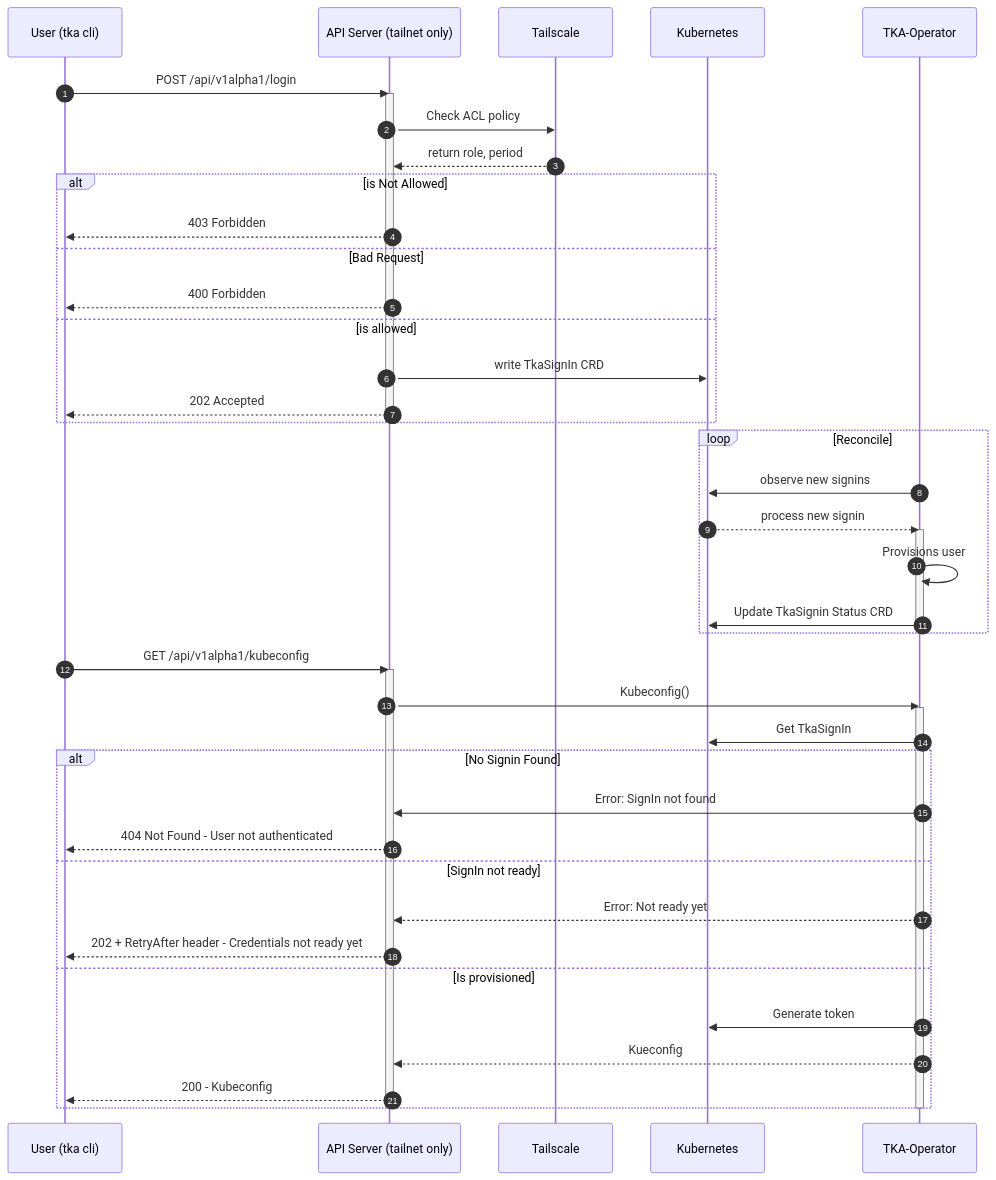
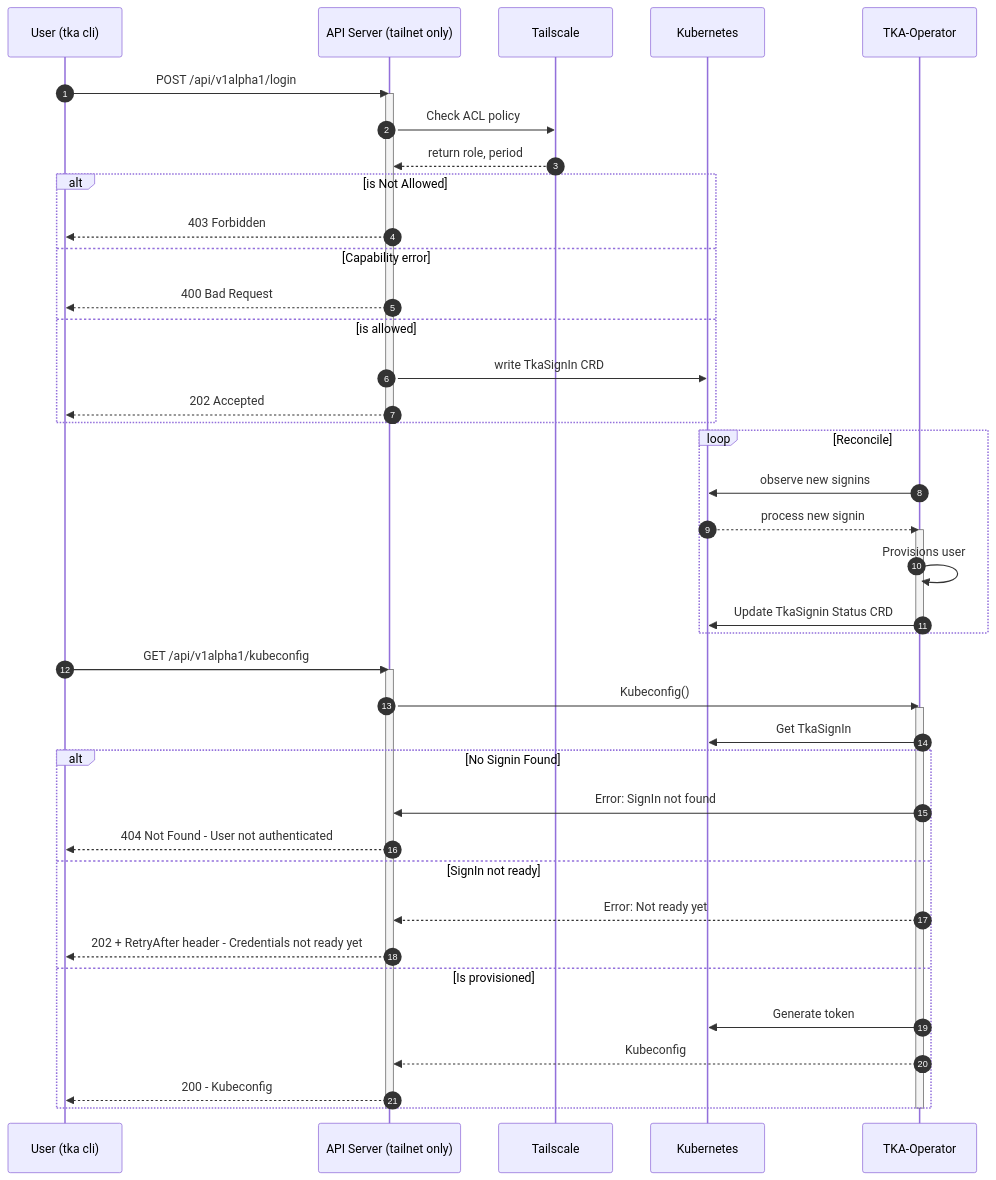
One commit to SpechtLabs/tka changed the first of 5 diagrams in docs/reference/developer/request-flows.md. Above: the diagram before and after it, drawn with Mermaid. The commit also changed 33 other files, not shown here.

````diff
--- a/docs/reference/developer/request-flows.md
+++ b/docs/reference/developer/request-flows.md
@@ -9,57 +9,57 @@
 ```mermaid
 sequenceDiagram
     autonumber
     participant cli as User (tka cli)
     participant api as API Server (tailnet only)
     participant acl as Tailscale
     participant k8s as Kubernetes
     participant operator as TKA-Operator
 
     cli->>api: POST /api/v1alpha1/login
     activate api
 
     api->>acl: Check ACL policy
     acl-->>api: return role, period
 
     alt is Not Allowed
         api-->>cli: 403 Forbidden
-    else Bad Request
-        api-->>cli: 400 Forbidden
+    else Capability error
+        api-->>cli: 400 Bad Request
     else is allowed
         api->>k8s: write TkaSignIn CRD
         api-->> cli: 202 Accepted
     end
 
     deactivate api
 
     loop Reconcile
         operator->>k8s: observe new signins
         k8s-->>operator: process new signin
         activate operator
         operator->>operator: Provisions user
         operator->>k8s: Update TkaSignin Status CRD
         deactivate operator
     end
 
 
     cli->>api: GET /api/v1alpha1/kubeconfig
     activate api
     api->>operator: Kubeconfig()
     activate operator
 
     operator->>k8s: Get TkaSignIn
     alt No Signin Found
         operator->>api: Error: SignIn not found
         api-->>cli: 404 Not Found - User not authenticated
     else SignIn not ready
         operator-->>api: Error: Not ready yet
         api-->>cli: 202 + RetryAfter header - Credentials not ready yet
     else Is provisioned
         operator->>k8s: Generate token
-        operator-->>api: Kueconfig
+        operator-->>api: Kubeconfig
         api-->>cli: 200 - Kubeconfig
     end
 
     deactivate operator
     deactivate api
 ```
````
